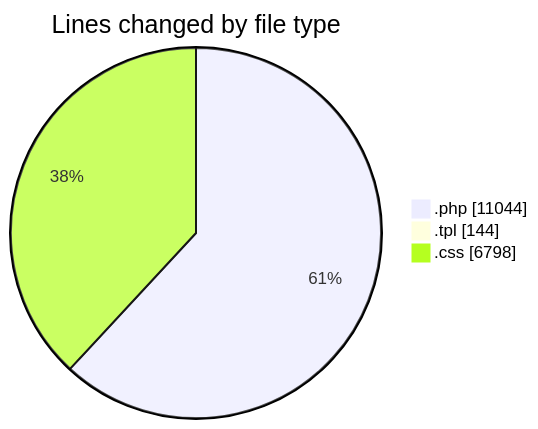
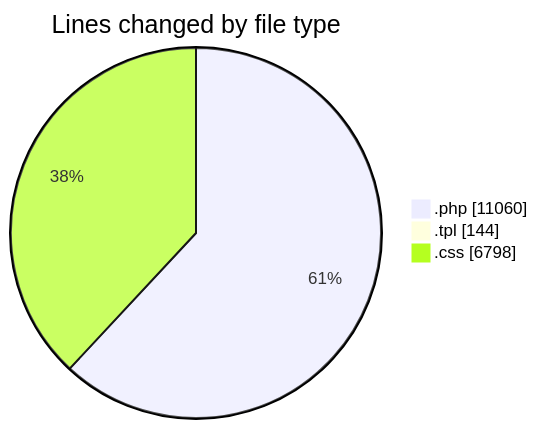
Before and after one commit to vahidmafi/code-tracking: the first of 2 diagrams in 2025-10-04/shop/README.md, drawn with Mermaid. The commit also changed other lines of this file and 1 other file, not shown here.

````diff
--- a/2025-10-04/shop/README.md
+++ b/2025-10-04/shop/README.md
@@ -40,7 +40,7 @@
 ```mermaid
 pie showData
 title Lines changed by file type
-".php" : 11044
+".php" : 11060
 ".tpl" : 144
 ".css" : 6798
 ```
````
